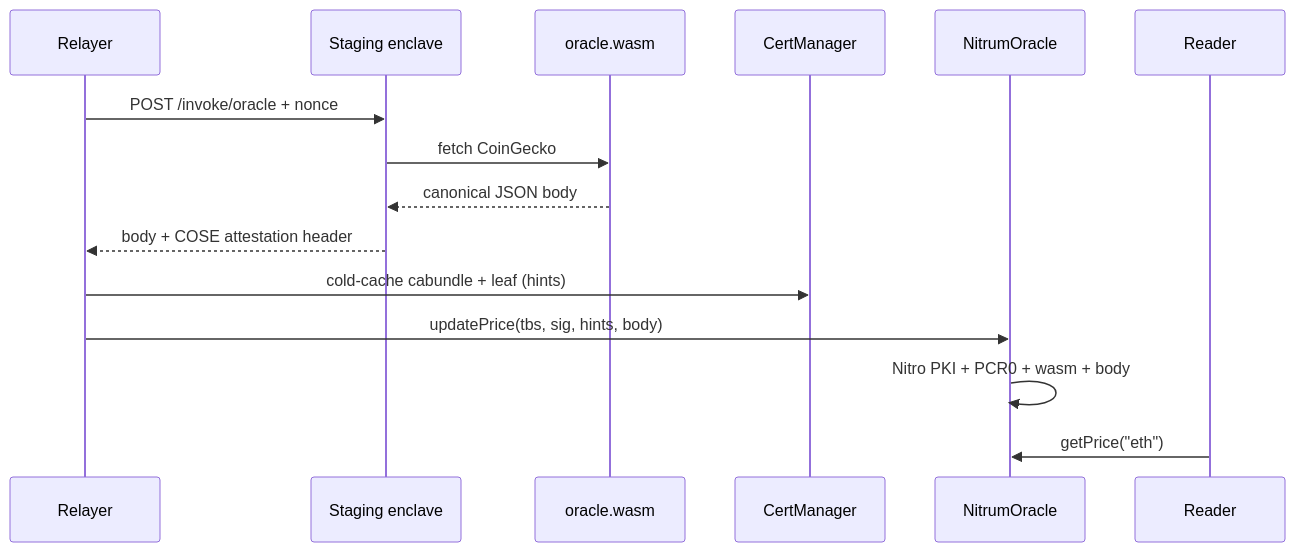
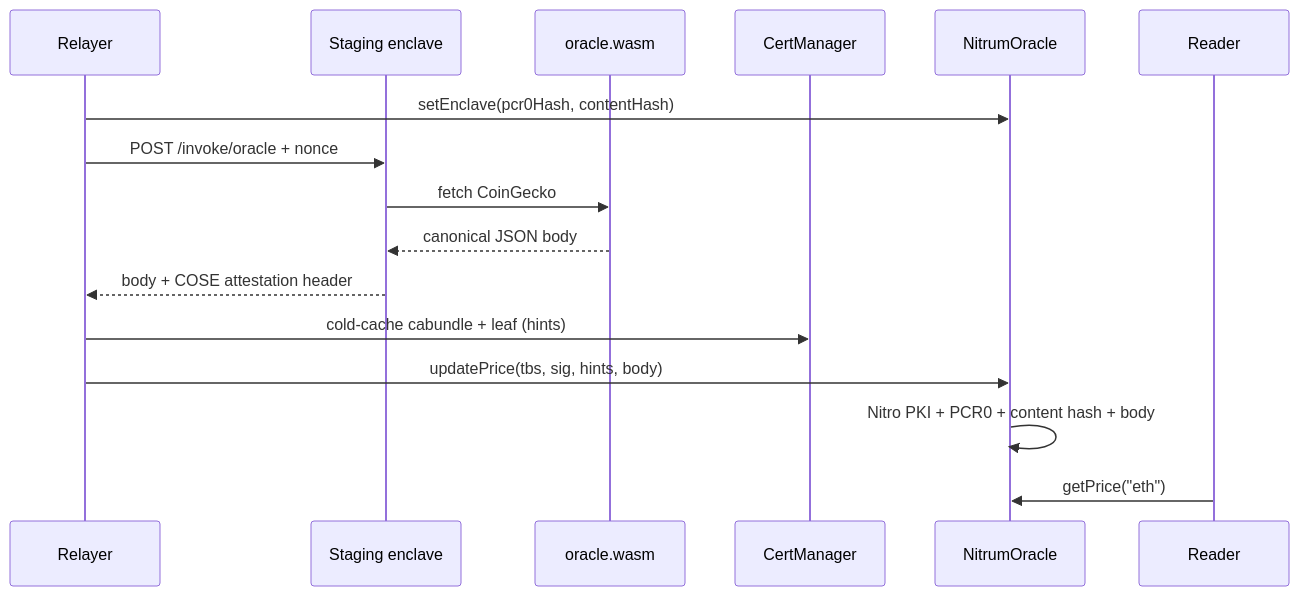
Before and after one commit to matzapata/nitrum-fn: the diagram in examples/oracle/README.md, drawn with Mermaid. The commit also changed other lines of this file and 9 other files, not shown here.

First line of the commit message:
feat(oracle)!: pin PCR0 and content hash after deploy

````diff
--- a/examples/oracle/README.md
+++ b/examples/oracle/README.md
@@ -20,18 +22,19 @@
 ```mermaid
 sequenceDiagram
   participant Relayer
   participant Host as Staging enclave
   participant Wasm as oracle.wasm
   participant CM as CertManager
   participant Oracle as NitrumOracle
   participant Reader
 
+  Relayer->>Oracle: setEnclave(pcr0Hash, contentHash)
   Relayer->>Host: POST /invoke/oracle + nonce
   Host->>Wasm: fetch CoinGecko
   Wasm-->>Host: canonical JSON body
   Host-->>Relayer: body + COSE attestation header
   Relayer->>CM: cold-cache cabundle + leaf (hints)
   Relayer->>Oracle: updatePrice(tbs, sig, hints, body)
-  Oracle->>Oracle: Nitro PKI + PCR0 + wasm + body
+  Oracle->>Oracle: Nitro PKI + PCR0 + content hash + body
   Reader->>Oracle: getPrice("eth")
 ```
````
